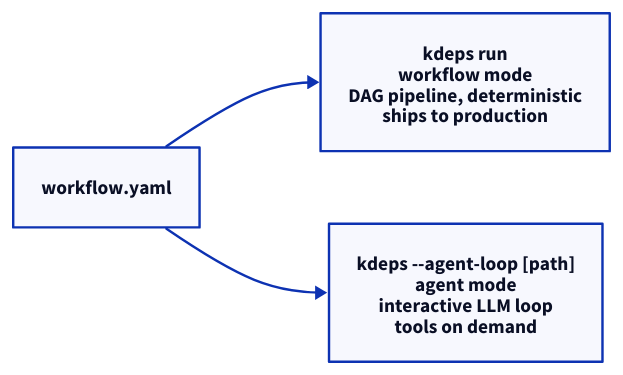
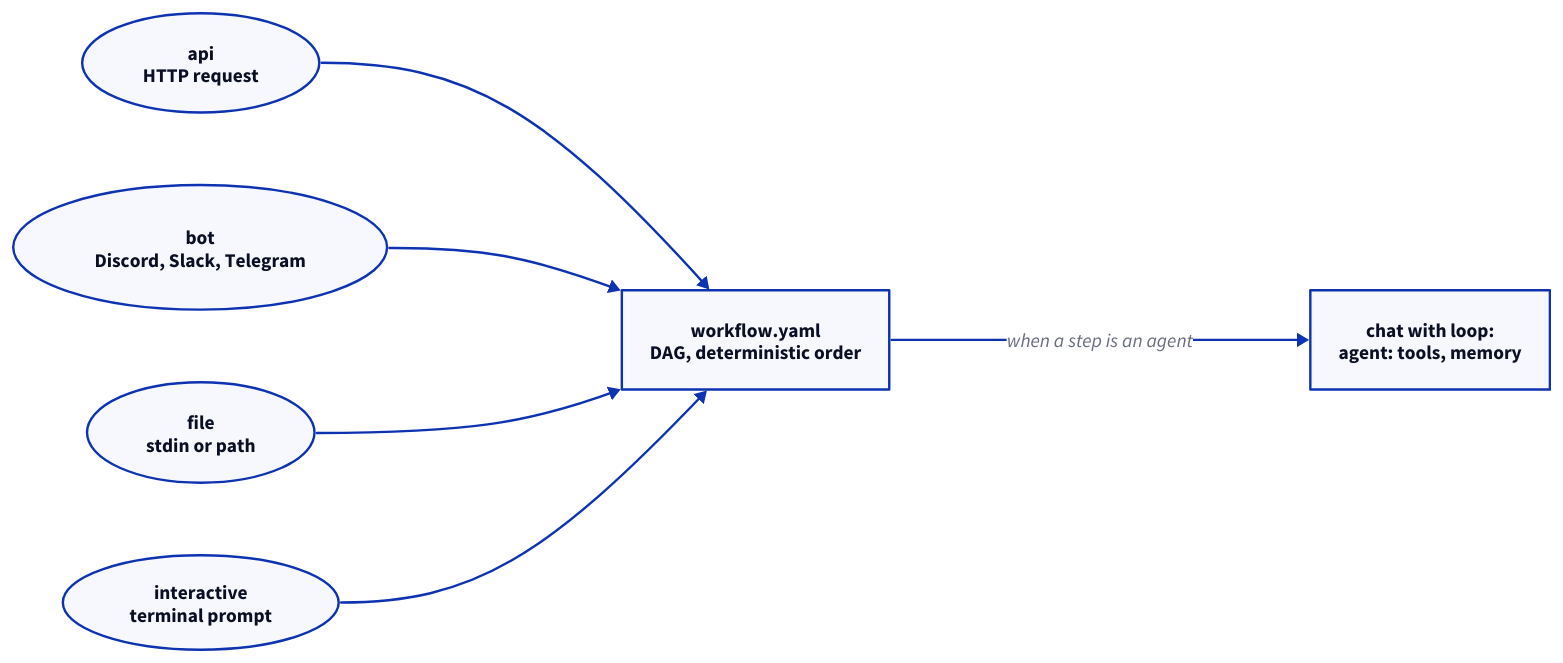
One commit to kdeps/kdeps changed the diagram in docs/v2/start/why-kdeps.md. Above: the diagram before and after it, drawn with D2. The commit also changed other lines of this file and 9 other files, not shown here.

First line of the commit message:
docs: one workflow mode with input sources; the agent is a chat with loop:

````diff
--- a/docs/v2/start/why-kdeps.md
+++ b/docs/v2/start/why-kdeps.md
@@ -68,10 +68,16 @@
 ```d2
 direction: right
 
-A: workflow.yaml
-B: "kdeps run\nworkflow mode\nDAG pipeline, deterministic\nships to production"
-C: "kdeps --agent-loop [path]\nagent mode\ninteractive LLM loop\ntools on demand"
+api: "api\nHTTP request" {shape: oval}
+bot: "bot\nDiscord, Slack, Telegram" {shape: oval}
+file: "file\nstdin or path" {shape: oval}
+prompt: "interactive\nterminal prompt" {shape: oval}
+W: "workflow.yaml\nDAG, deterministic order"
+L: "chat with loop:\nagent: tools, memory"
 
-A -> B
-A -> C
+api -> W
+bot -> W
+file -> W
+prompt -> W
+W -> L: "when a step is an agent"
 ```
````
